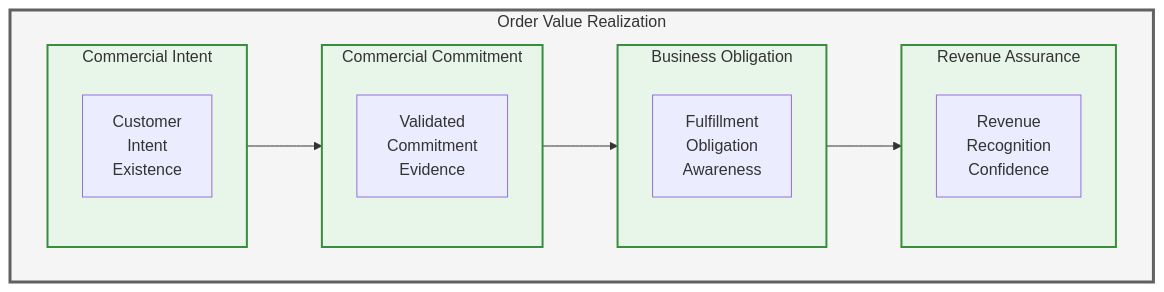
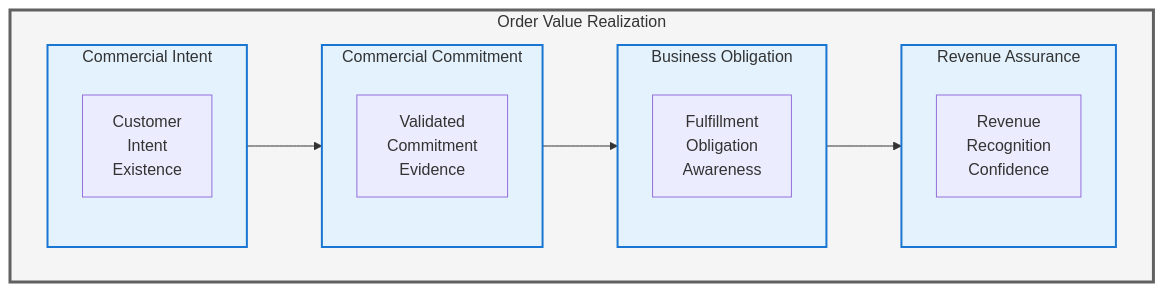
The third of 7 diagrams in docs/architecture/01-business-architecture.md (Evilazaro/Azure-LogicApps-Monitoring), drawn with Mermaid before and after one commit. The commit also changed other lines of this file, not shown here.

Commit message:
Refactor Business Architecture document: standardize color coding across diagrams for visual consistency

````diff
--- a/docs/architecture/01-business-architecture.md
+++ b/docs/architecture/01-business-architecture.md
@@ -445,36 +445,36 @@
 ```mermaid
 flowchart LR
     subgraph Order_Value["Order Value Realization"]
         direction LR
 
         subgraph Intent["Commercial Intent"]
             direction TB
             CI["Customer<br/>Intent<br/>Existence"]
         end
 
         subgraph Commitment["Commercial Commitment"]
             direction TB
             CC["Validated<br/>Commitment<br/>Evidence"]
         end
 
         subgraph Obligation["Business Obligation"]
             direction TB
             BO["Fulfillment<br/>Obligation<br/>Awareness"]
         end
 
         subgraph Assurance["Revenue Assurance"]
             direction TB
             RA["Revenue<br/>Recognition<br/>Confidence"]
         end
 
         Intent --> Commitment
         Commitment --> Obligation
         Obligation --> Assurance
     end
 
     classDef level1 fill:#f5f5f5,stroke:#616161,stroke-width:3px
-    classDef level2 fill:#e8f5e9,stroke:#388e3c,stroke-width:2px
+    classDef level2 fill:#e3f2fd,stroke:#1976d2,stroke-width:2px
 
     class Order_Value level1
     class Intent,Commitment,Obligation,Assurance level2
 ```
````
